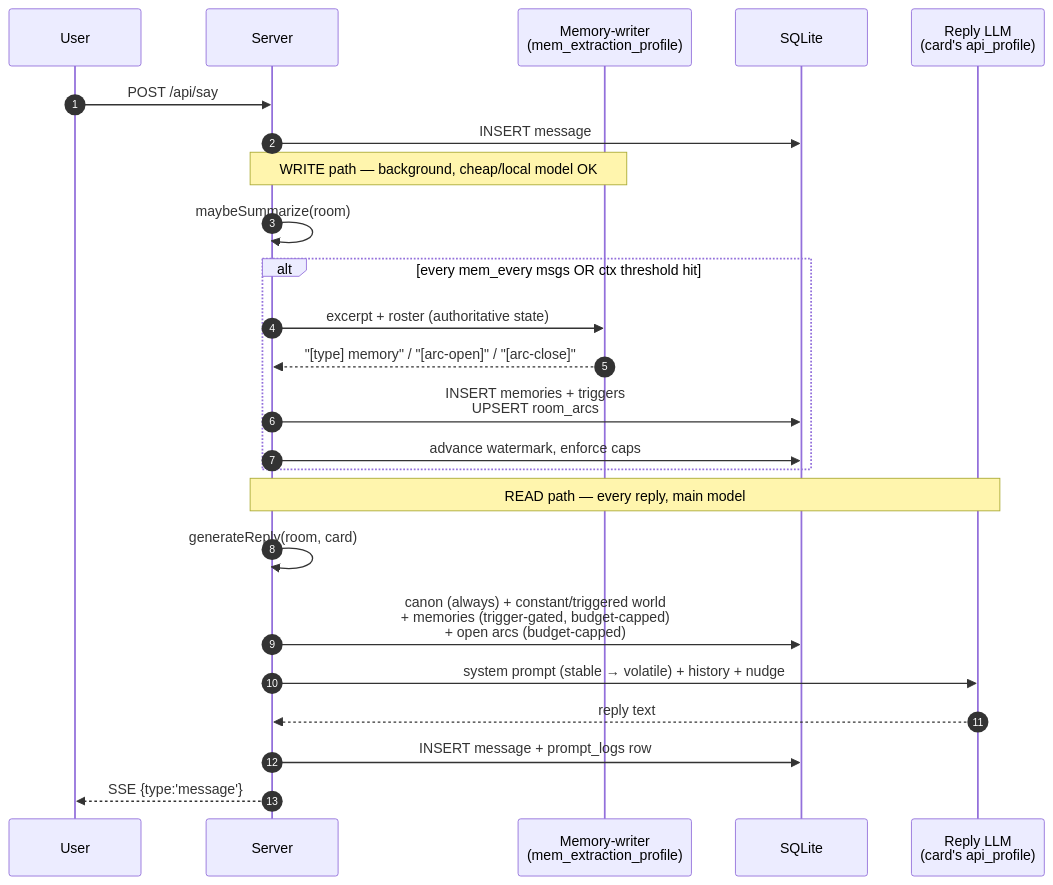
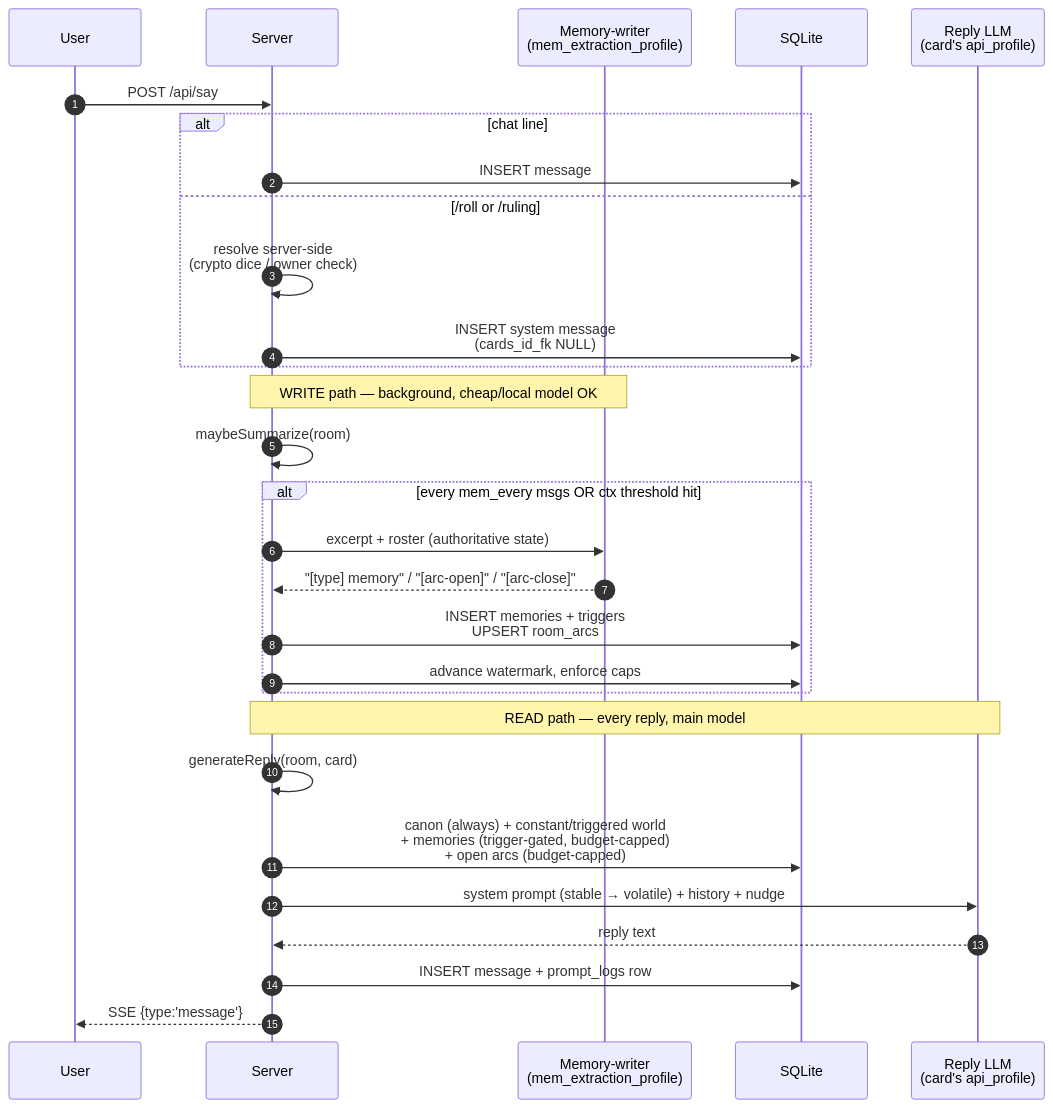
The second of 2 diagrams in docs/memories.md (XanthiaJo/BOLLOCKS), drawn with Mermaid before and after one commit. The commit also changed other lines of this file and 5 other files, not shown here.

First line of the commit message:
feat(chat): /roll and /ruling commands — server-resolved conflict conventions

````diff
--- a/docs/memories.md
+++ b/docs/memories.md
@@ -177,29 +177,34 @@
 ```mermaid
 sequenceDiagram
     autonumber
     participant U as User
     participant S as Server
     participant W as Memory-writer<br/>(mem_extraction_profile)
     participant D as SQLite
     participant R as Reply LLM<br/>(card's api_profile)
 
     U->>S: POST /api/say
-    S->>D: INSERT message
+    alt chat line
+        S->>D: INSERT message
+    else /roll or /ruling
+        S->>S: resolve server-side<br/>(crypto dice / owner check)
+        S->>D: INSERT system message<br/>(cards_id_fk NULL)
+    end
 
     Note over S,W: WRITE path — background, cheap/local model OK
     S->>S: maybeSummarize(room)
     alt every mem_every msgs OR ctx threshold hit
         S->>W: excerpt + roster (authoritative state)
         W-->>S: "[type] memory" / "[arc-open]" / "[arc-close]"
         S->>D: INSERT memories + triggers<br/>UPSERT room_arcs
         S->>D: advance watermark, enforce caps
     end
 
     Note over S,R: READ path — every reply, main model
     S->>S: generateReply(room, card)
     S->>D: canon (always) + constant/triggered world<br/>+ memories (trigger-gated, budget-capped)<br/>+ open arcs (budget-capped)
     S->>R: system prompt (stable → volatile) + history + nudge
     R-->>S: reply text
     S->>D: INSERT message + prompt_logs row
     S-->>U: SSE {type:'message'}
 ```
````
